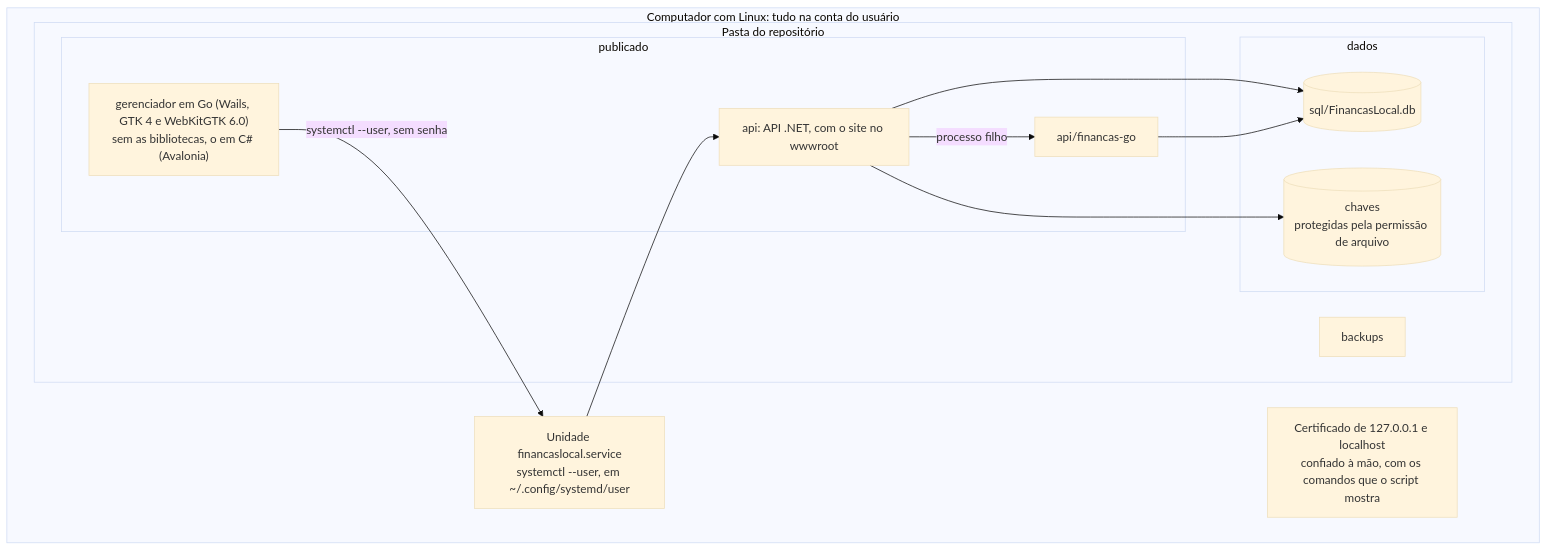
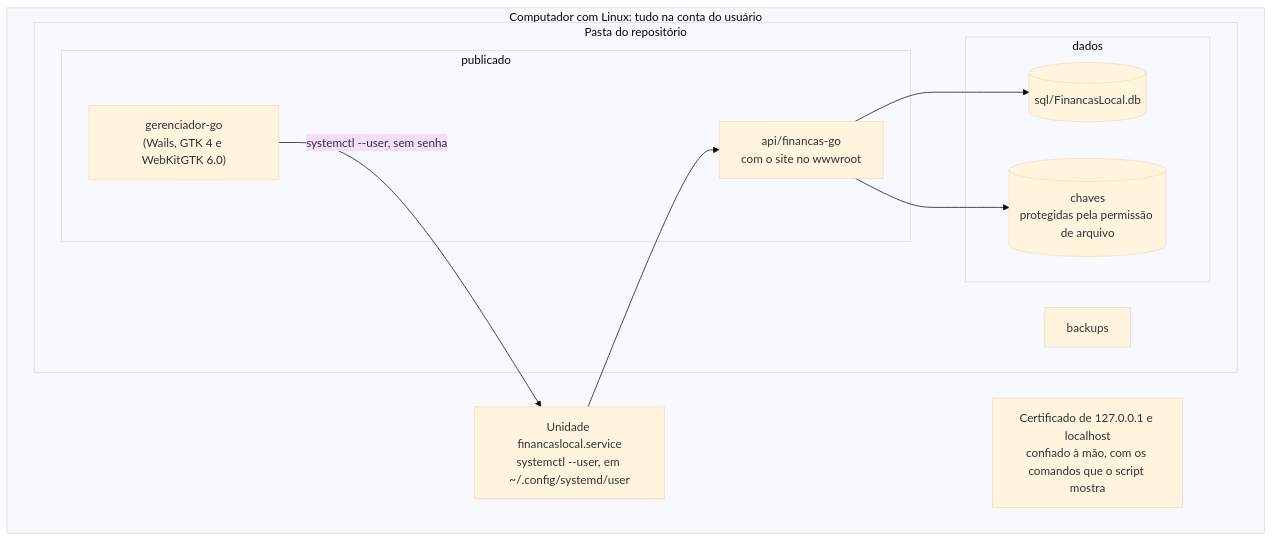
The fifth of 6 diagrams in docs/ARQUITETURA.md (LucasDesenvGit/financas-local), drawn with Mermaid (base theme) before and after one commit. The commit also changed other lines of this file and 28 other files, not shown here.

First line of the commit message:
docs: a documentação sem o .NET (#86, parte 6)

````diff
--- a/docs/ARQUITETURA.md
+++ b/docs/ARQUITETURA.md
@@ -180,27 +168,24 @@
 ```mermaid
 flowchart TB
     subgraph linux["Computador com Linux: tudo na conta do usuário"]
         servico["Unidade financaslocal.service<br/>systemctl --user, em ~/.config/systemd/user"]
         confianca["Certificado de 127.0.0.1 e localhost<br/>confiado à mão, com os comandos que o script mostra"]
 
         subgraph codigo["Pasta do repositório"]
             subgraph publicado["publicado"]
-                api["api: API .NET, com o site no wwwroot"]
-                go["api/financas-go"]
-                gerenciador["gerenciador em Go (Wails, GTK 4 e WebKitGTK 6.0)<br/>sem as bibliotecas, o em C# (Avalonia)"]
+                site["api/financas-go<br/>com o site no wwwroot"]
+                gerenciador["gerenciador-go<br/>(Wails, GTK 4 e WebKitGTK 6.0)"]
             end
             subgraph dados["dados"]
                 banco[("sql/FinancasLocal.db")]
                 chaves[("chaves<br/>protegidas pela permissão de arquivo")]
             end
             backups["backups"]
         end
     end
 
-    servico --> api
-    api -- "processo filho" --> go
-    api --> banco
-    go --> banco
-    api --> chaves
+    servico --> site
+    site --> banco
+    site --> chaves
     gerenciador -- "systemctl --user, sem senha" --> servico
 ```
````
